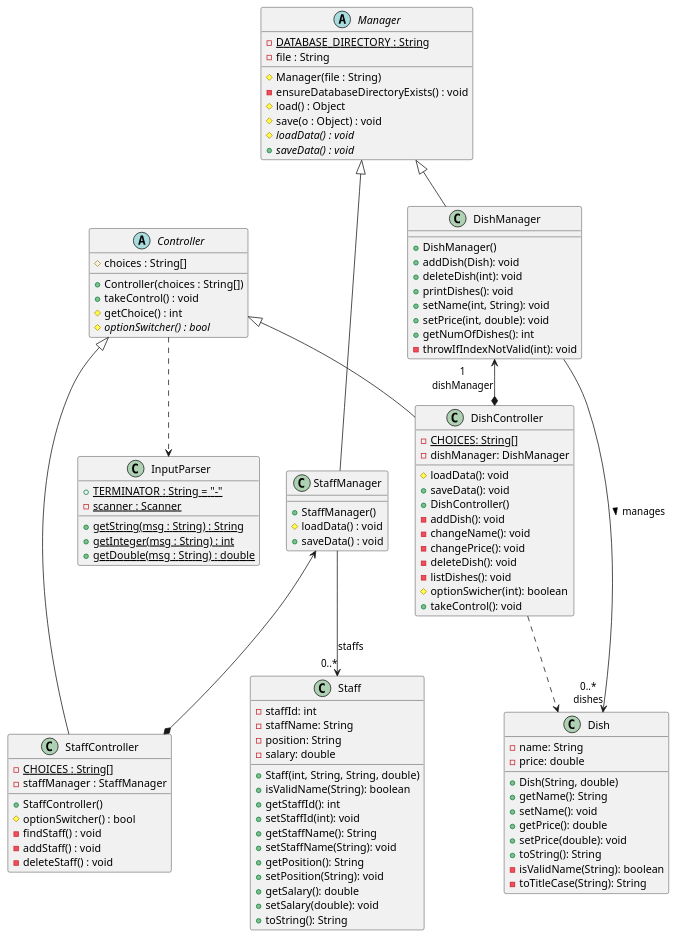
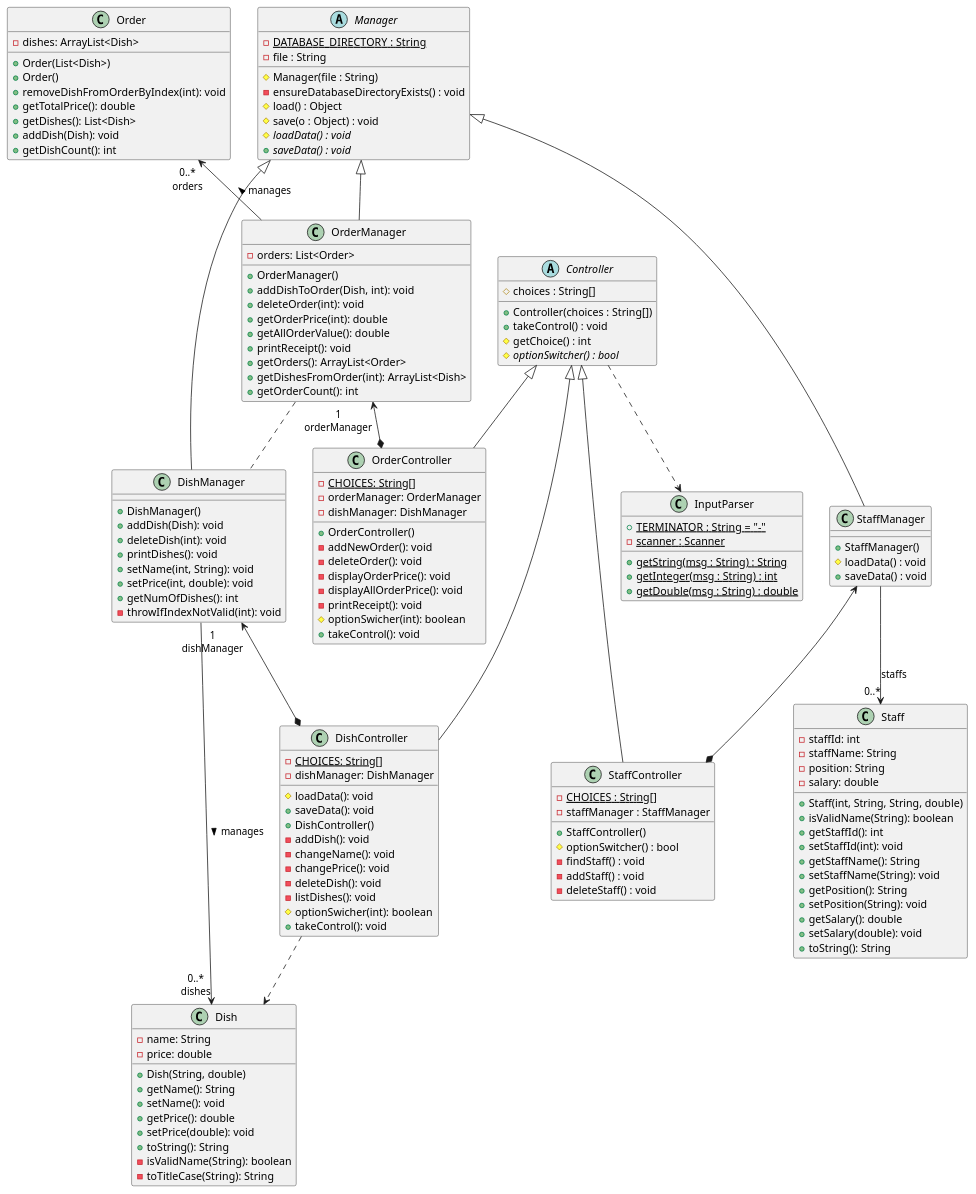
Before and after one commit to nus-cs2113-AY2122S2/tp: the diagram in docs/uml/class/all.puml, drawn with PlantUML. The commit also changed 2 other files, not shown here.

Commit message:
order class diagram

```diff
--- a/docs/uml/class/all.puml
+++ b/docs/uml/class/all.puml
@@ -1,115 +1,161 @@
 @startuml
 abstract class Manager {
 -{static}DATABASE_DIRECTORY : String
 -file : String
 #Manager(file : String)
 -ensureDatabaseDirectoryExists() : void
 #load() : Object
 #save(o : Object) : void
 #{abstract}loadData() : void
 +{abstract}saveData() : void
 }
 
 class StaffManager {
 +StaffManager()
 #loadData() : void
 +saveData() : void
 }
 
 abstract class Controller {
 #choices : String[]
 +Controller(choices : String[])
 +takeControl() : void
 #getChoice() : int
 #{abstract}optionSwitcher() : bool
 }
 
 class StaffController {
 -{static}CHOICES : String[]
 -staffManager : StaffManager
 +StaffController()
 #optionSwitcher() : bool
 -findStaff() : void
 -addStaff() : void
 -deleteStaff() : void
 }
 
 class Staff {
     -staffId: int
     -staffName: String
     -position: String
     -salary: double
     +Staff(int, String, String, double)
     +isValidName(String): boolean
     +getStaffId(): int
     +setStaffId(int): void
     +getStaffName(): String
     +setStaffName(String): void
     +getPosition(): String
     +setPosition(String): void
     +getSalary(): double
     +setSalary(double): void
     +toString(): String
 }
 
 class InputParser {
 +{static}TERMINATOR : String = "-"
 -{static}scanner : Scanner
 +{static}getString(msg : String) : String
 +{static}getInteger(msg : String) : int
 +{static}getDouble(msg : String) : double
 }
 
 class Dish {
     -name: String
     -price: double
     +Dish(String, double)
     +getName(): String
     +setName(): void
     +getPrice(): double
     +setPrice(double): void
     +toString(): String
     -isValidName(String): boolean
     -toTitleCase(String): String
 }
 
 class DishManager {
     +DishManager()
     +addDish(Dish): void
     +deleteDish(int): void
     +printDishes(): void
     +setName(int, String): void
     +setPrice(int, double): void
     +getNumOfDishes(): int
     -throwIfIndexNotValid(int): void
 }
 
 class DishController {
     -{static}CHOICES: String[]
     -dishManager: DishManager
     #loadData(): void
     +saveData(): void
     +DishController()
     -addDish(): void
     -changeName(): void
     -changePrice(): void
     -deleteDish(): void
     -listDishes(): void
     #optionSwicher(int): boolean
     +takeControl(): void
 }
 
+class Order {
+    -dishes: ArrayList<Dish>
+    +Order(List<Dish>)
+    +Order()
+    +removeDishFromOrderByIndex(int): void
+    +getTotalPrice(): double
+    +getDishes(): List<Dish>
+    +addDish(Dish): void
+    +getDishCount(): int
+}
+
+class OrderManager {
+    -orders: List<Order>
+    +OrderManager()
+    +addDishToOrder(Dish, int): void
+    +deleteOrder(int): void
+    +getOrderPrice(int): double
+    +getAllOrderValue(): double
+    +printReceipt(): void
+    +getOrders(): ArrayList<Order>
+    +getDishesFromOrder(int): ArrayList<Dish>
+    +getOrderCount(): int
+}
+
+class OrderController {
+    -{static}CHOICES: String[]
+    -orderManager: OrderManager
+    -dishManager: DishManager
+    +OrderController()
+    -addNewOrder(): void
+    -deleteOrder(): void
+    -displayOrderPrice(): void
+    -displayAllOrderPrice(): void
+    -printReceipt(): void
+    #optionSwicher(int): boolean
+    +takeControl(): void
+}
+
 'Staff relations
 Manager <|--- StaffManager
 StaffManager <--* StaffController
 Controller <|--- StaffController
 Controller ..> InputParser
 StaffManager --> "0..*" Staff : staffs
 
 'Dish relations
 Manager <|-- DishManager
 Controller <|-- DishController
 Dish "0..*\ndishes" <-- DishManager: manages <
 DishManager "1\ndishManager" <--* DishController
 DishController .-> Dish
+
+'Order relations
+Manager <|-- OrderManager
+Controller <|-- OrderController
+Order "0..*\norders" <-- OrderManager: manages <
+OrderManager "1\norderManager" <--* OrderController
+OrderManager .. DishManager
+
 @enduml
```
